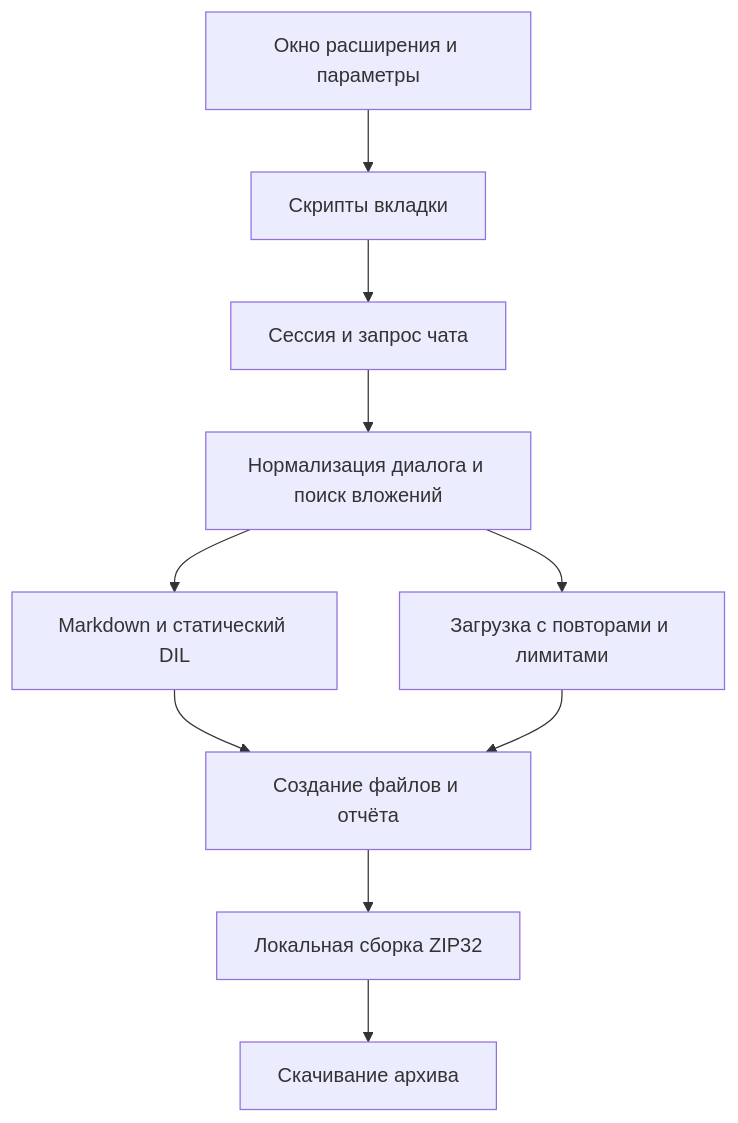
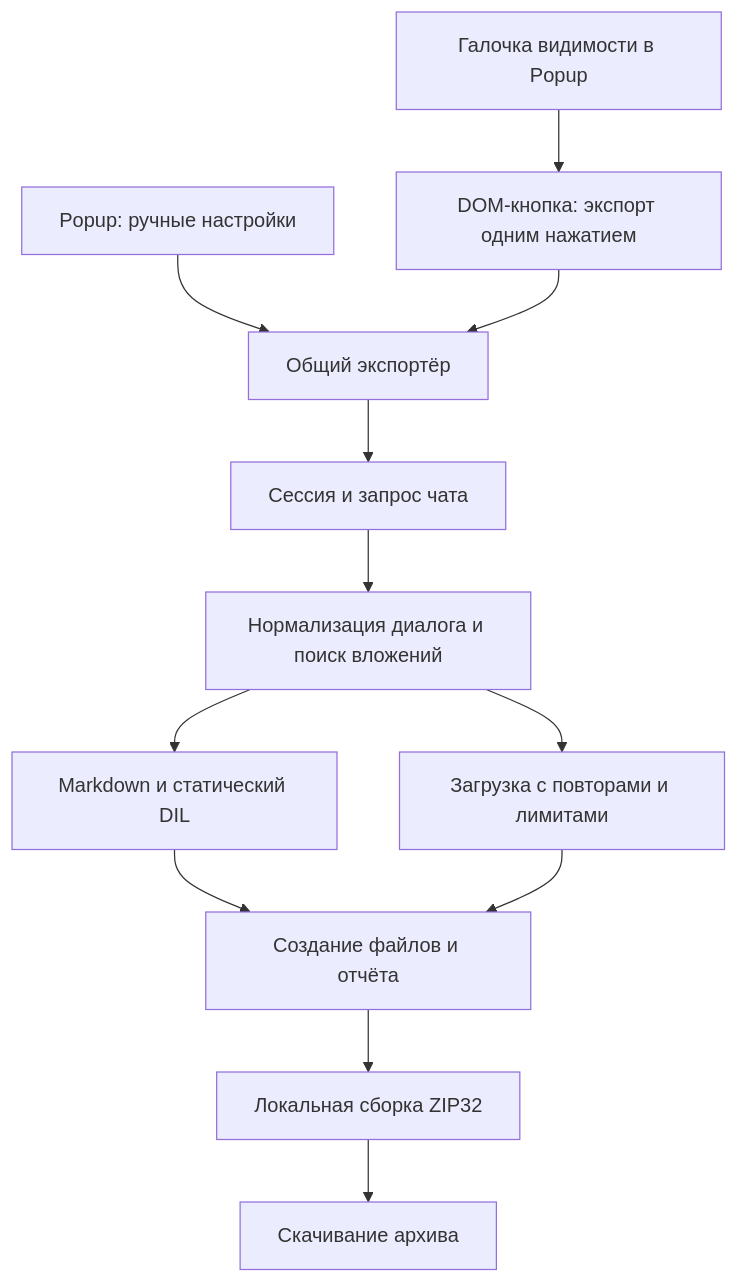
One commit to dmitromelnikoff/chatgpt-obsidian-exporter changed the diagram in docs/architecture.ru.md. Above: the diagram before and after it, drawn with Mermaid. The commit also changed 9 other files, not shown here.

````diff
--- a/docs/architecture.ru.md
+++ b/docs/architecture.ru.md
@@ -5,12 +5,14 @@
 ```mermaid
 flowchart TD
-    A[Окно расширения и параметры] --> B[Скрипты вкладки]
+    A[Popup: ручные настройки] --> B[Общий экспортёр]
+    X[DOM-кнопка: экспорт одним нажатием] --> B
+    P[Галочка видимости в Popup] --> X
     B --> C[Сессия и запрос чата]
     C --> D[Нормализация диалога и поиск вложений]
     D --> E[Markdown и статический DIL]
     D --> F[Загрузка с повторами и лимитами]
     E --> G[Создание файлов и отчёта]
     F --> G
     G --> H[Локальная сборка ZIP32]
     H --> I[Скачивание архивa]
 ```
````
